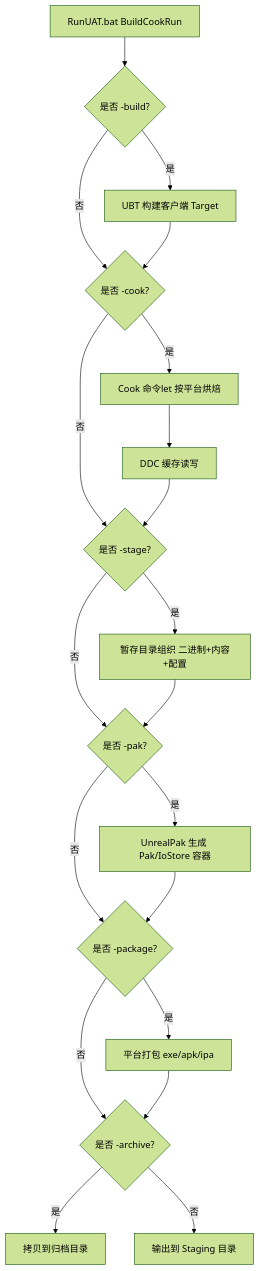
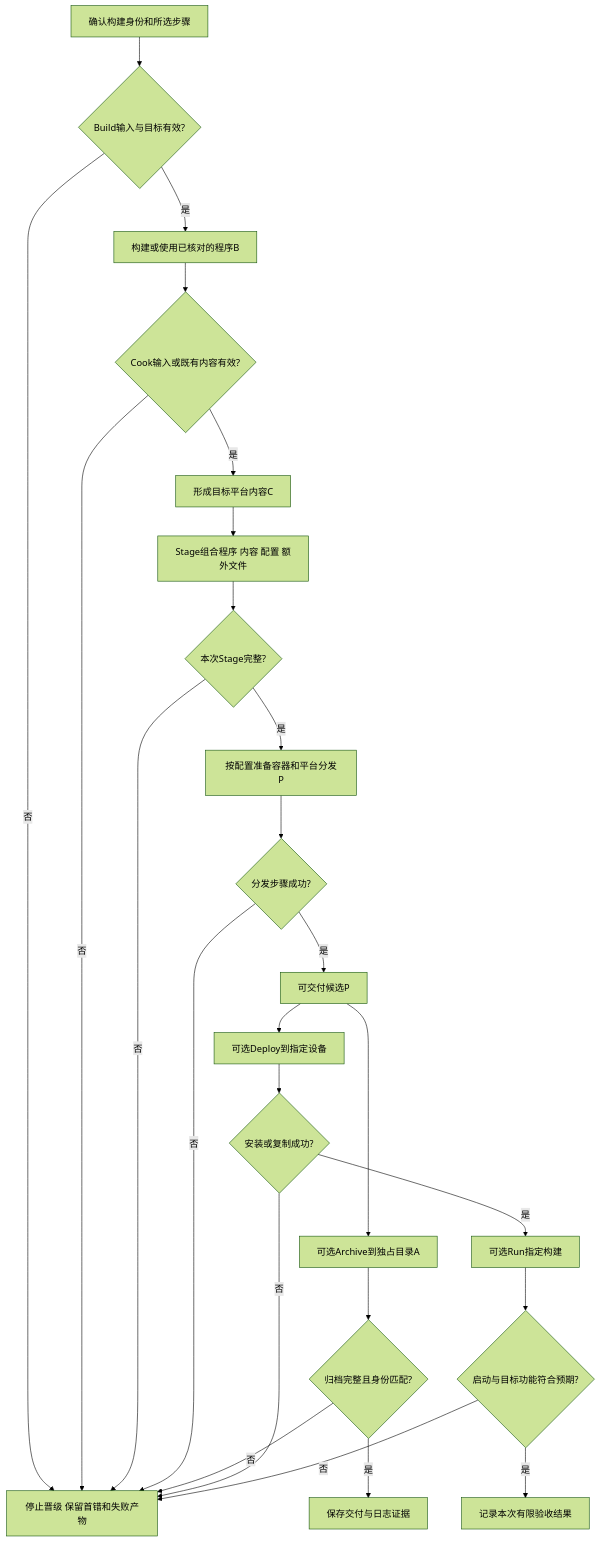
The diagram in 知识/08-工程实践与质量/构建编译与制品/02-UAT与自动化打包.md (fantuan812/learning), drawn with Mermaid (forest theme) before and after one commit. The commit also changed other lines of this file and 1 other file, not shown here.

````diff
--- a/知识/08-工程实践与质量/构建编译与制品/02-UAT与自动化打包.md
+++ b/知识/08-工程实践与质量/构建编译与制品/02-UAT与自动化打包.md
@@ -81,22 +110,27 @@
 ```mermaid
 flowchart TD
-    A[RunUAT.bat BuildCookRun] --> B{是否 -build?}
-    B -- 是 --> C[UBT 构建客户端 Target]
-    B -- 否 --> D
-    C --> D{是否 -cook?}
-    D -- 是 --> E[Cook 命令let 按平台烘焙]
-    E --> F[DDC 缓存读写]
-    D -- 否 --> G
-    F --> G{是否 -stage?}
-    G -- 是 --> H[暂存目录组织 二进制+内容+配置]
-    G -- 否 --> I
-    H --> I{是否 -pak?}
-    I -- 是 --> J[UnrealPak 生成 Pak/IoStore 容器]
-    I -- 否 --> K
-    J --> K{是否 -package?}
-    K -- 是 --> L[平台打包 exe/apk/ipa]
-    K -- 否 --> M
-    L --> M{是否 -archive?}
-    M -- 是 --> N[拷贝到归档目录]
-    M -- 否 --> O[输出到 Staging 目录]
+    A[确认构建身份和所选步骤] --> B{Build输入与目标有效?}
+    B -- 是 --> C[构建或使用已核对的程序B]
+    B -- 否 --> X[停止晋级 保留首错和失败产物]
+    C --> D{Cook输入或既有内容有效?}
+    D -- 是 --> E[形成目标平台内容C]
+    D -- 否 --> X
+    E --> F[Stage组合程序 内容 配置 额外文件]
+    F --> G{本次Stage完整?}
+    G -- 否 --> X
+    G -- 是 --> H[按配置准备容器和平台分发P]
+    H --> I{分发步骤成功?}
+    I -- 否 --> X
+    I -- 是 --> J[可交付候选P]
+    J --> K[可选Archive到独占目录A]
+    K --> L{归档完整且身份匹配?}
+    L -- 否 --> X
+    L -- 是 --> M[保存交付与日志证据]
+    J --> N[可选Deploy到指定设备]
+    N --> O{安装或复制成功?}
+    O -- 否 --> X
+    O -- 是 --> Q[可选Run指定构建]
+    Q --> R{启动与目标功能符合预期?}
+    R -- 否 --> X
+    R -- 是 --> S[记录本次有限验收结果]
 ```
````
